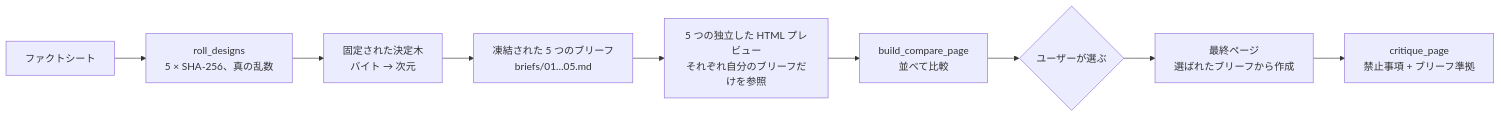
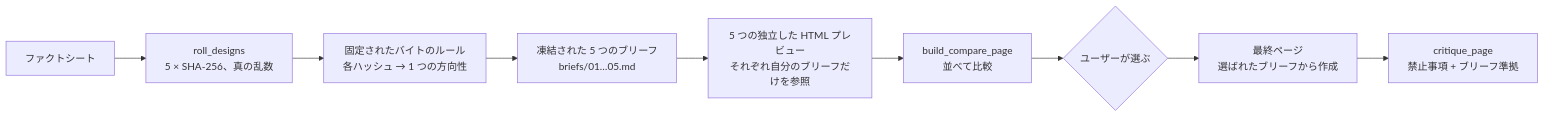
Before and after one commit to qybaihe/hash-design: the diagram in README.ja.md, drawn with Mermaid. The commit also changed other lines of this file and 4 other files, not shown here.

````diff
--- a/README.ja.md
+++ b/README.ja.md
@@ -184,11 +182,11 @@
 ```mermaid
 flowchart LR
   A[ファクトシート] --> B[roll_designs<br/>5 × SHA-256、真の乱数]
-  B --> C[固定された決定木<br/>バイト → 次元]
+  B --> C[固定されたバイトのルール<br/>各ハッシュ → 1 つの方向性]
   C --> D[凍結された 5 つのブリーフ<br/>briefs/01…05.md]
   D --> E[5 つの独立した HTML プレビュー<br/>それぞれ自分のブリーフだけを参照]
   E --> F[build_compare_page<br/>並べて比較]
   F --> G{ユーザーが選ぶ}
   G --> H[最終ページ<br/>選ばれたブリーフから作成]
   H --> I[critique_page<br/>禁止事項 + ブリーフ準拠]
 ```
````
